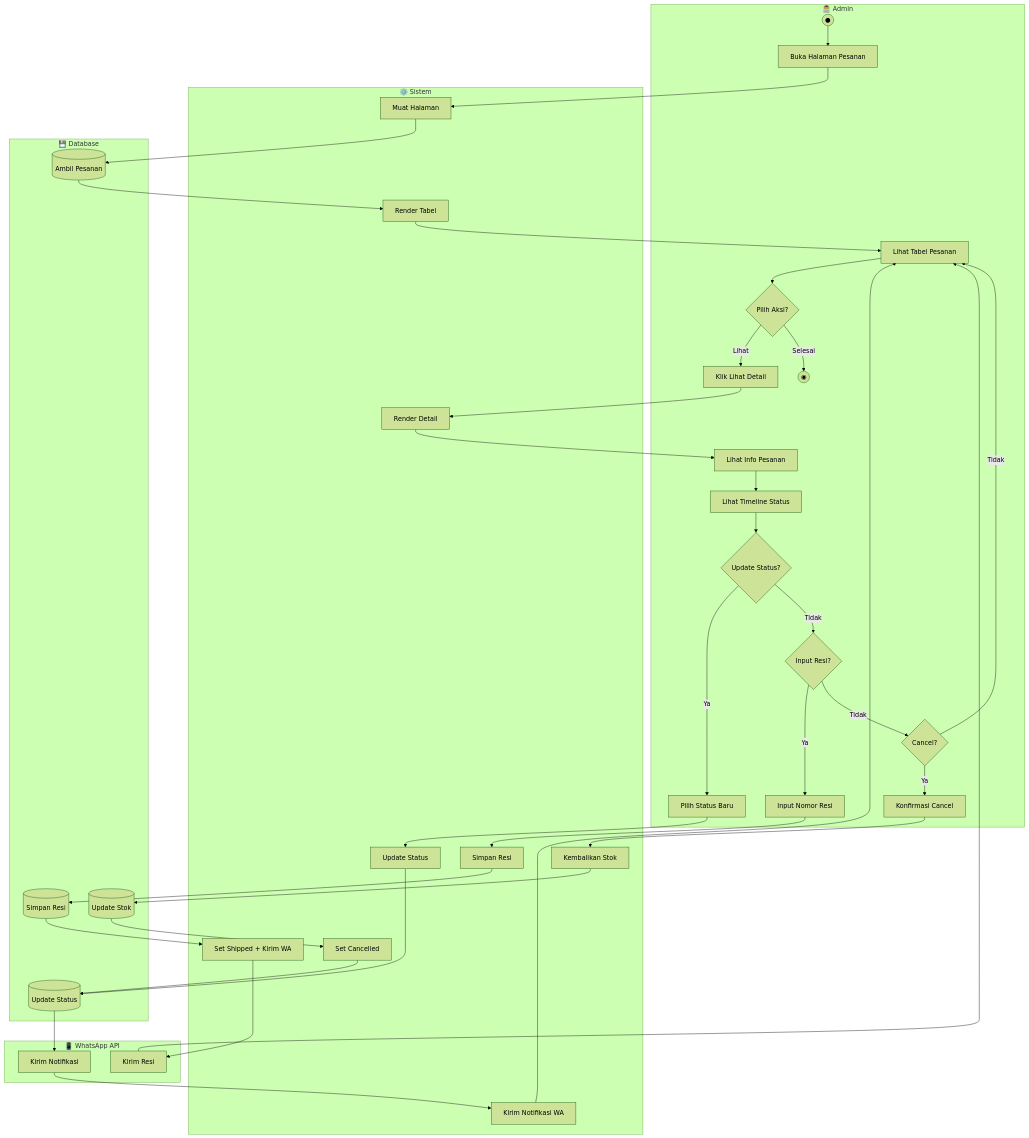
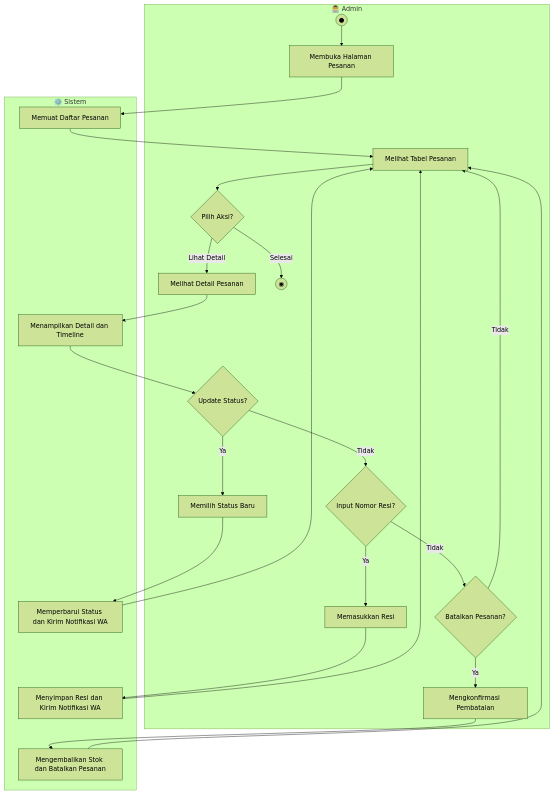
Before and after one commit to mustarisyahding07-spec/WEBSITE_SKRIPSI_MUSTARI: diagram 14 of 17 in docs/ACTIVITY_DIAGRAMS.md, drawn with Mermaid (forest theme). The commit also changed other lines of this file, not shown here.

Commit message:
docs: simplify activity diagrams and add academic explanations

````diff
--- a/docs/ACTIVITY_DIAGRAMS.md
+++ b/docs/ACTIVITY_DIAGRAMS.md
@@ -838,76 +627,46 @@
 ```mermaid
 flowchart TD
     subgraph Admin["👨‍💻 Admin"]
         A1((●))
-        A2[Buka Halaman Pesanan]
-        A3[Lihat Tabel Pesanan]
+        A2[Membuka Halaman Pesanan]
+        A3[Melihat Tabel Pesanan]
         A4{Pilih Aksi?}
-        A5[Klik Lihat Detail]
-        A6[Lihat Info Pesanan]
-        A7[Lihat Timeline Status]
-        A8{Update Status?}
-        A9[Pilih Status Baru]
-        A10{Input Resi?}
-        A11[Input Nomor Resi]
-        A12{Cancel?}
-        A13[Konfirmasi Cancel]
-        A14((◉))
+        A5[Melihat Detail Pesanan]
+        A6{Update Status?}
+        A7[Memilih Status Baru]
+        A8{Input Nomor Resi?}
+        A9[Memasukkan Resi]
+        A10{Batalkan Pesanan?}
+        A11[Mengkonfirmasi Pembatalan]
+        A12((◉))
     end
-    
+
     subgraph Sistem["⚙️ Sistem"]
-        S1[Muat Halaman]
-        S2[Render Tabel]
-        S3[Render Detail]
-        S4[Update Status]
-        S5[Kirim Notifikasi WA]
-        S6[Simpan Resi]
-        S7[Set Shipped + Kirim WA]
-        S8[Kembalikan Stok]
-        S9[Set Cancelled]
+        S1[Memuat Daftar Pesanan]
+        S2[Menampilkan Detail dan Timeline]
+        S3[Memperbarui Status dan Kirim Notifikasi WA]
+        S4[Menyimpan Resi dan Kirim Notifikasi WA]
+        S5[Mengembalikan Stok dan Batalkan Pesanan]
     end
-    
-    subgraph Database["💾 Database"]
-        D1[(Ambil Pesanan)]
-        D2[(Update Status)]
-        D3[(Simpan Resi)]
-        D4[(Update Stok)]
-    end
-    
-    subgraph WhatsApp["📱 WhatsApp API"]
-        W1[Kirim Notifikasi]
-        W2[Kirim Resi]
-    end
-    
+
     A1 --> A2
     A2 --> S1
-    S1 --> D1
-    D1 --> S2
-    S2 --> A3
+    S1 --> A3
     A3 --> A4
-    A4 -->|Lihat| A5
-    A5 --> S3
-    S3 --> A6
-    A6 --> A7
-    A7 --> A8
+    A4 -->|Lihat Detail| A5
+    A5 --> S2
+    S2 --> A6
+    A6 -->|Ya| A7
+    A7 --> S3
+    S3 --> A3
+    A6 -->|Tidak| A8
     A8 -->|Ya| A9
     A9 --> S4
-    S4 --> D2
-    D2 --> W1
-    W1 --> S5
-    S5 --> A3
+    S4 --> A3
     A8 -->|Tidak| A10
     A10 -->|Ya| A11
-    A11 --> S6
-    S6 --> D3
-    D3 --> S7
-    S7 --> W2
-    W2 --> A3
-    A10 -->|Tidak| A12
-    A12 -->|Ya| A13
-    A13 --> S8
-    S8 --> D4
-    D4 --> S9
-    S9 --> D2
-    A12 -->|Tidak| A3
-    A4 -->|Selesai| A14
+    A11 --> S5
+    S5 --> A3
+    A10 -->|Tidak| A3
+    A4 -->|Selesai| A12
 ```
````
